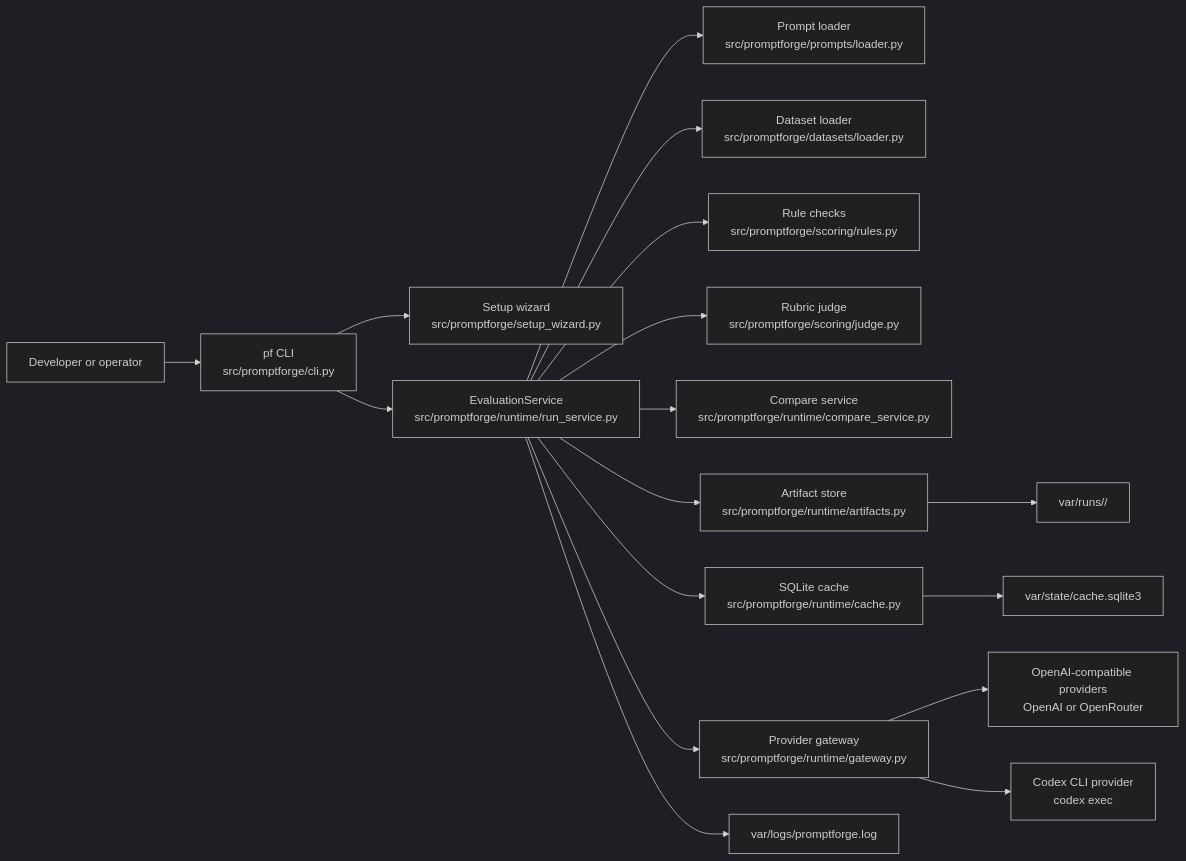
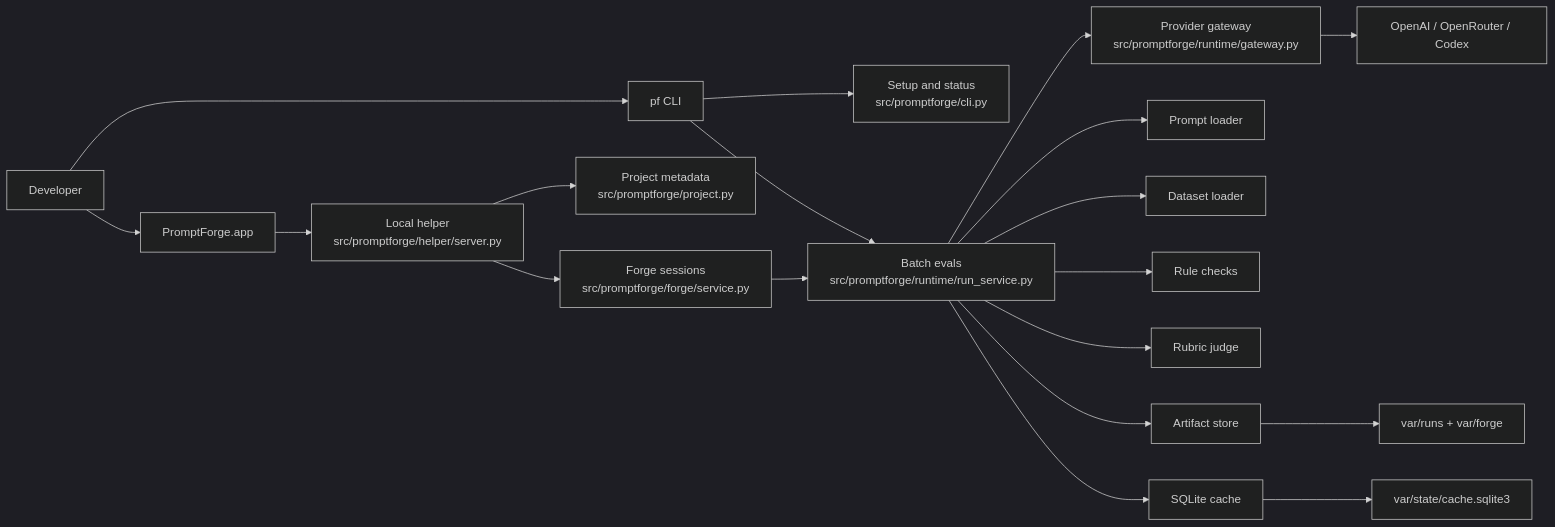
One commit to MikesHorcrux/PromptForge changed the first of 3 diagrams in docs/architecture.md. Above: the diagram before and after it, drawn with Mermaid (dark theme). The commit also changed other lines of this file and 34 other files, not shown here.

````diff
--- a/docs/architecture.md
+++ b/docs/architecture.md
@@ -26,22 +28,21 @@
 ```mermaid
 flowchart LR
-  User["Developer or operator"] --> CLI["pf CLI<br/>src/promptforge/cli.py"]
-  CLI --> Setup["Setup wizard<br/>src/promptforge/setup_wizard.py"]
-  CLI --> Service["EvaluationService<br/>src/promptforge/runtime/run_service.py"]
-
-  Service --> Prompts["Prompt loader<br/>src/promptforge/prompts/loader.py"]
-  Service --> Datasets["Dataset loader<br/>src/promptforge/datasets/loader.py"]
-  Service --> Rules["Rule checks<br/>src/promptforge/scoring/rules.py"]
-  Service --> Judge["Rubric judge<br/>src/promptforge/scoring/judge.py"]
-  Service --> Compare["Compare service<br/>src/promptforge/runtime/compare_service.py"]
-  Service --> Artifacts["Artifact store<br/>src/promptforge/runtime/artifacts.py"]
-  Service --> Cache["SQLite cache<br/>src/promptforge/runtime/cache.py"]
-  Service --> Gateway["Provider gateway<br/>src/promptforge/runtime/gateway.py"]
-
-  Gateway --> OpenAI["OpenAI-compatible providers<br/>OpenAI or OpenRouter"]
-  Gateway --> Codex["Codex CLI provider<br/>codex exec"]
-
-  Artifacts --> RunDir["var/runs/<run_id>/"]
+  User["Developer"] --> CLI["pf CLI"]
+  User --> App["PromptForge.app"]
+  CLI --> Setup["Setup and status<br/>src/promptforge/cli.py"]
+  CLI --> Batch["Batch evals<br/>src/promptforge/runtime/run_service.py"]
+  App --> Helper["Local helper<br/>src/promptforge/helper/server.py"]
+  Helper --> Project["Project metadata<br/>src/promptforge/project.py"]
+  Helper --> Forge["Forge sessions<br/>src/promptforge/forge/service.py"]
+  Forge --> Batch
+  Batch --> Gateway["Provider gateway<br/>src/promptforge/runtime/gateway.py"]
+  Batch --> Prompts["Prompt loader"]
+  Batch --> Datasets["Dataset loader"]
+  Batch --> Rules["Rule checks"]
+  Batch --> Judge["Rubric judge"]
+  Batch --> Artifacts["Artifact store"]
+  Batch --> Cache["SQLite cache"]
+  Gateway --> Providers["OpenAI / OpenRouter / Codex"]
+  Artifacts --> RunDir["var/runs + var/forge"]
   Cache --> CacheDb["var/state/cache.sqlite3"]
-  Service --> Logs["var/logs/promptforge.log"]
 ```
````
